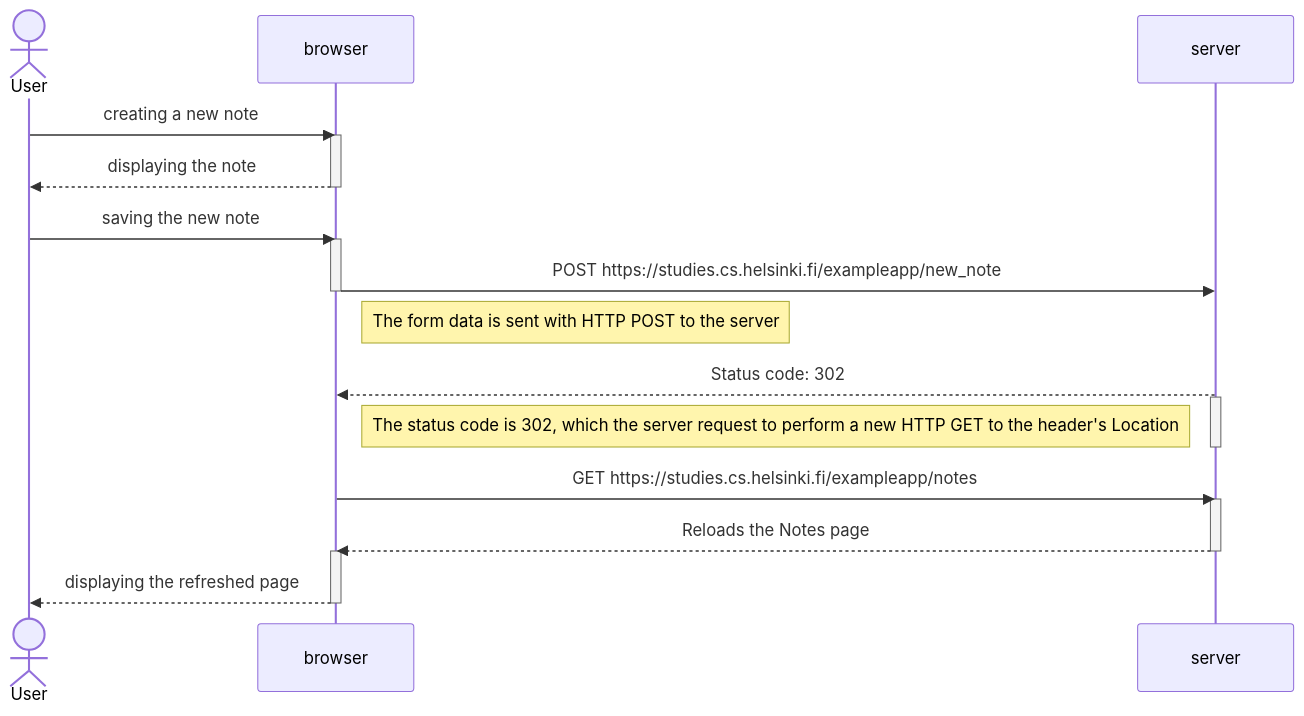
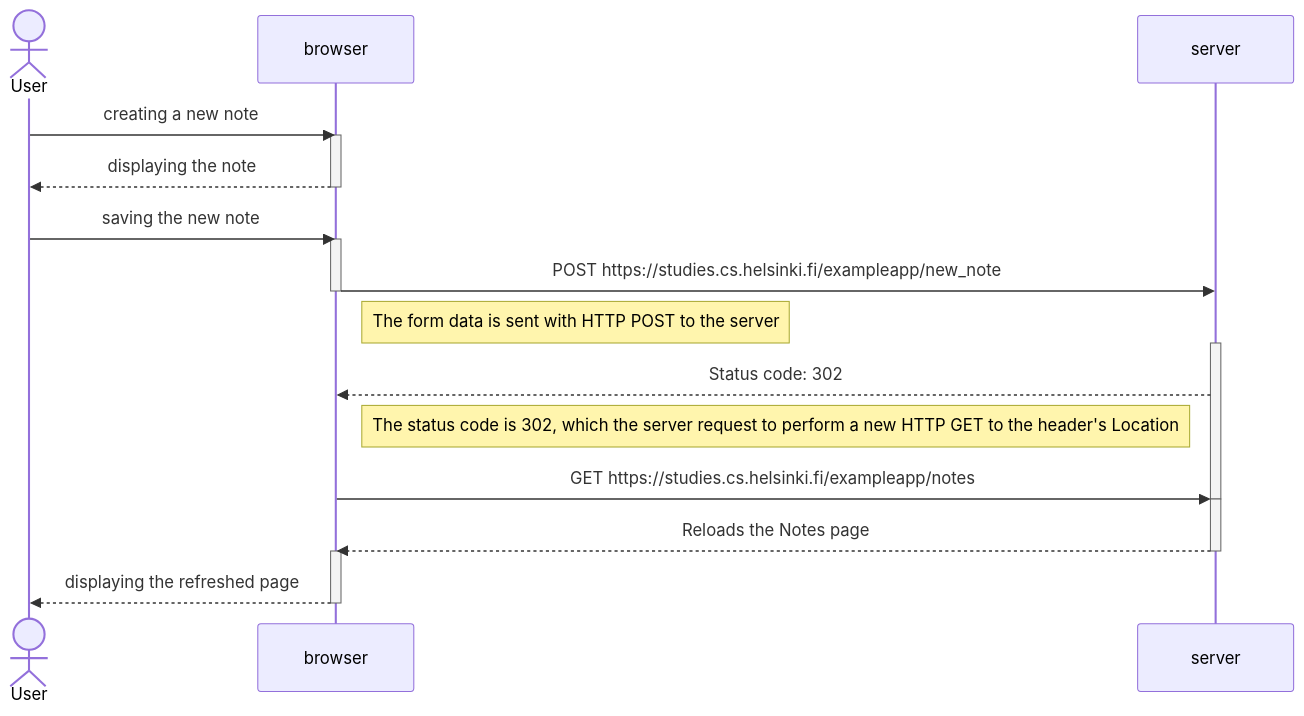
Before and after one commit to lumuellelumelay/full_stack_open: the first of 3 diagrams in README.md, drawn with Mermaid. The commit also changed other lines of this file, not shown here.

````diff
--- a/README.md
+++ b/README.md
@@ -4,34 +4,34 @@
 ```mermaid
 sequenceDiagram
     actor User
     participant browser
     participant server
 
     User->>browser: creating a new note
     activate browser
     browser-->>User: displaying the note
     deactivate browser
 
     User->>browser: saving the new note
     activate browser
     browser->>server: POST https://studies.cs.helsinki.fi/exampleapp/new_note
     deactivate browser
 
     Note right of browser: The form data is sent with HTTP POST to the server
 
+    activate server
     server-->>browser: Status code: 302
-    activate server
 
     Note right of browser: The status code is 302, which the server request to perform a new HTTP GET to the header's Location
 
+    browser->>server: GET https://studies.cs.helsinki.fi/exampleapp/notes
     deactivate server
-    browser->>server: GET https://studies.cs.helsinki.fi/exampleapp/notes
 
     activate server
     server-->>browser: Reloads the Notes page
     deactivate server
 
     activate browser
     browser-->>User: displaying the refreshed page
     deactivate browser
 ```
````
